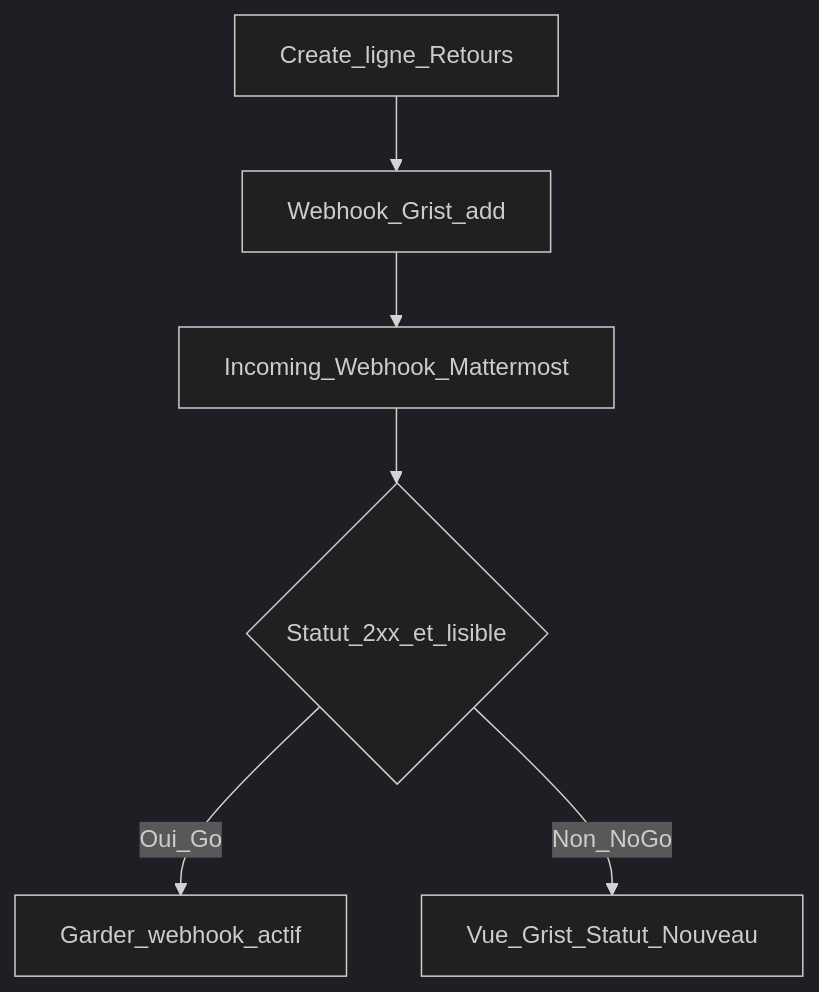
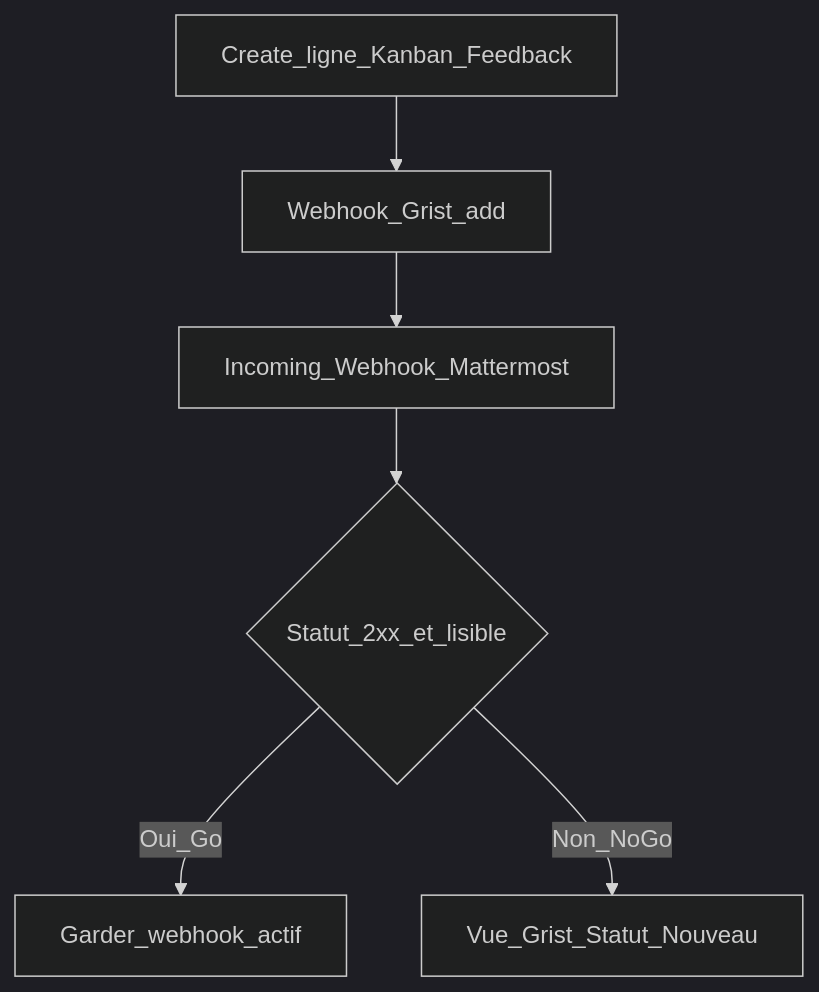
The diagram in docs/fonctionnel/feedback/alertes.md (DNUM-SocialGouv/pilotage_studios_grist), drawn with Mermaid (dark theme) before and after one commit. The commit also changed other lines of this file and 14 other files, not shown here.

First line of the commit message:
fix(accueil): retours revue kanban (XSS, reload, Admin)

````diff
--- a/docs/fonctionnel/feedback/alertes.md
+++ b/docs/fonctionnel/feedback/alertes.md
@@ -30,10 +30,10 @@
 ```mermaid
 flowchart TD
-  create[Create_ligne_Retours]
+  create[Create_ligne_Kanban_Feedback]
   wh[Webhook_Grist_add]
   mm[Incoming_Webhook_Mattermost]
   ok{Statut_2xx_et_lisible}
   create --> wh --> mm --> ok
   ok -->|Oui_Go| keep[Garder_webhook_actif]
   ok -->|Non_NoGo| fallback[Vue_Grist_Statut_Nouveau]
 ```
````
